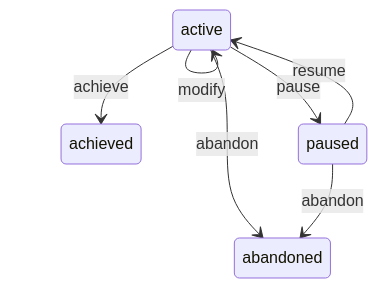
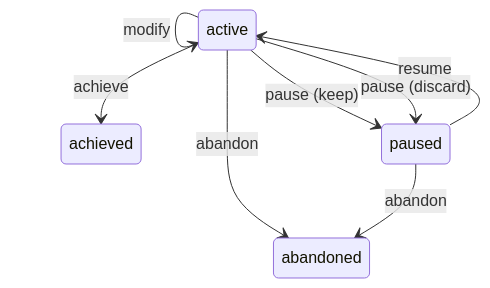
Before and after one commit to Aquilo-Solution-S/Proxiima: the diagram in docs/ledger.md, drawn with Mermaid. The commit also changed other lines of this file and 57 other files, not shown here.

````diff
--- a/docs/ledger.md
+++ b/docs/ledger.md
@@ -187,10 +197,11 @@
 ```mermaid
 stateDiagram-v2
   active --> active : decompose
   active --> active : modify
-  active --> paused : pause
+  active --> paused : pause (keep)
+  active --> paused : pause (discard)
   active --> achieved : achieve
   active --> abandoned : abandon
   paused --> active : resume
   paused --> abandoned : abandon
 ```
````
